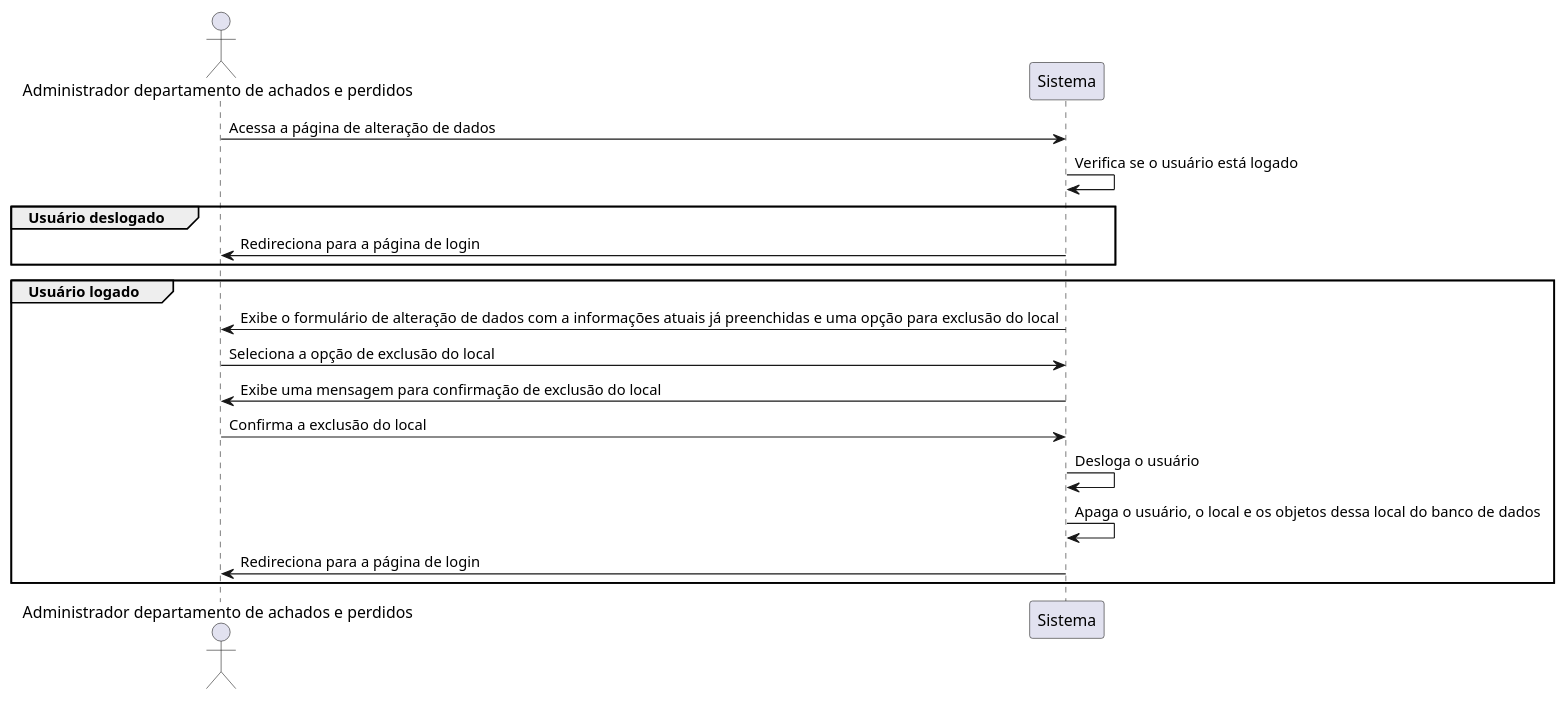
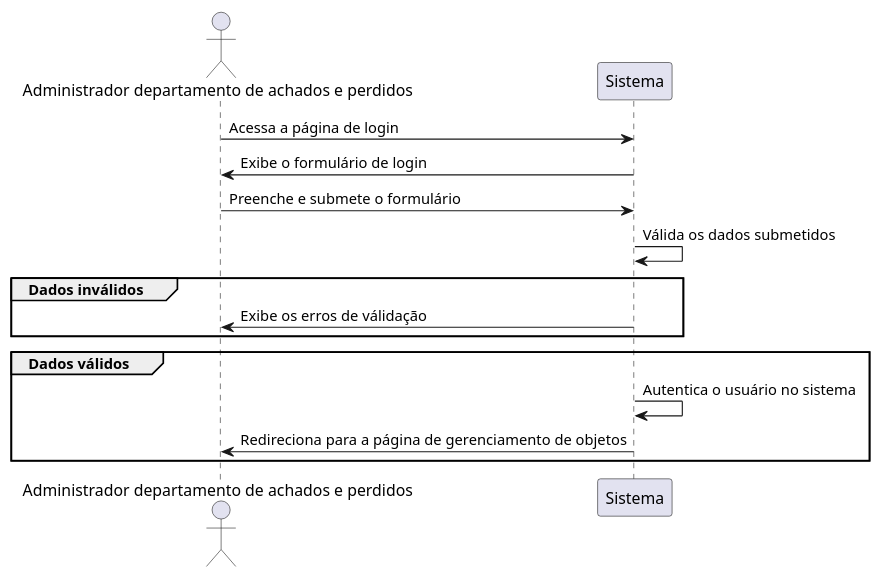
Before and after one commit to treinaweb/desafio-achados-e-perdidos: the diagram in casos-de-uso/administrador/RAP06.wsd, drawn with PlantUML. The commit also changed 16 other files, not shown here.

```diff
--- a/casos-de-uso/administrador/RAP06.wsd
+++ b/casos-de-uso/administrador/RAP06.wsd
@@ -1,23 +1,20 @@
 @startuml RAP06
 
 actor "Administrador departamento de achados e perdidos" as admin
 participant "Sistema" as sistema
 
-admin -> sistema: Acessa a página de alteração de dados
-sistema -> sistema: Verifica se o usuário está logado
+admin -> sistema: Acessa a página de login
+sistema -> admin: Exibe o formulário de login
+admin -> sistema: Preenche e submete o formulário
+sistema -> sistema: Válida os dados submetidos
 
-group Usuário deslogado
-  sistema -> admin: Redireciona para a página de login
+group Dados inválidos
+  sistema -> admin: Exibe os erros de válidação
 end
 
-group Usuário logado
-  sistema -> admin: Exibe o formulário de alteração de dados com a informações atuais já preenchidas e uma opção para exclusão do local
-  admin -> sistema: Seleciona a opção de exclusão do local
-  sistema -> admin: Exibe uma mensagem para confirmação de exclusão do local
-  admin -> sistema: Confirma a exclusão do local
-  sistema -> sistema: Desloga o usuário
-  sistema -> sistema: Apaga o usuário, o local e os objetos dessa local do banco de dados
-  sistema -> admin: Redireciona para a página de login
+group Dados válidos
+  sistema -> sistema: Autentica o usuário no sistema
+  sistema -> admin: Redireciona para a página de gerenciamento de objetos
 end
 
 @enduml
```
